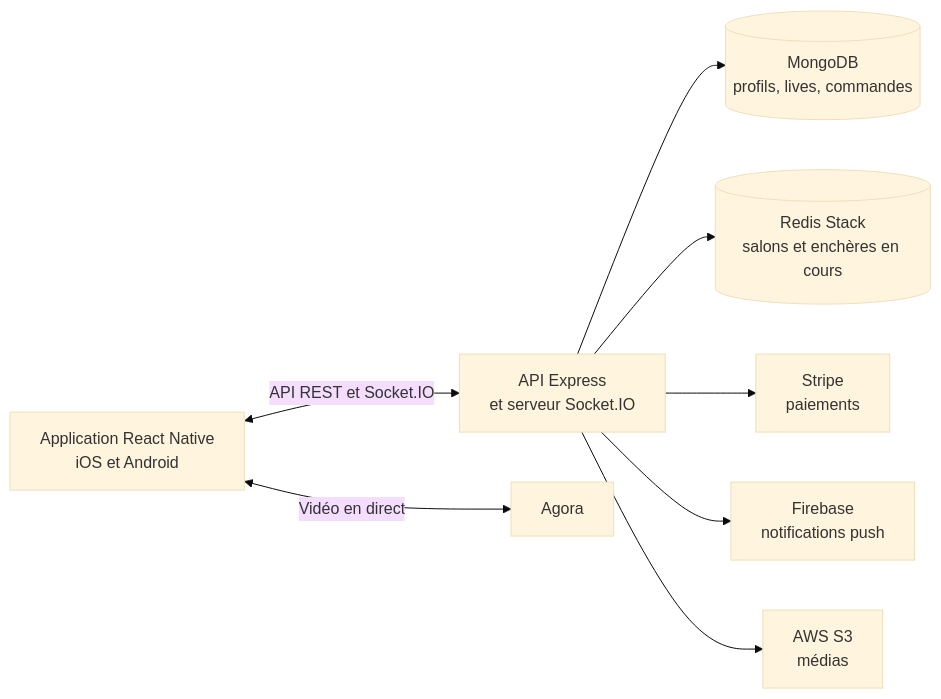
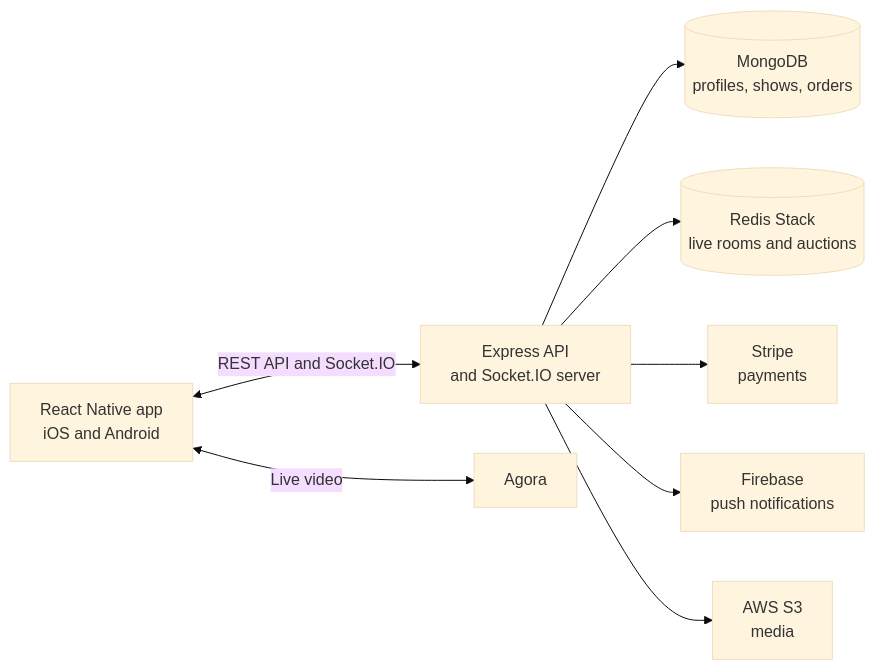
Before and after one commit to ATLHS/liveshopp_app: the diagram in README.md, drawn with Mermaid (base theme). The commit also changed other lines of this file and 1 other file, not shown here.

````diff
--- a/README.md
+++ b/README.md
@@ -21,10 +27,10 @@
 ```mermaid
 flowchart LR
-    Mobile[Application React Native<br/>iOS et Android] <-->|API REST et Socket.IO| Server[API Express<br/>et serveur Socket.IO]
-    Mobile <-->|Vidéo en direct| Agora[Agora]
-    Server --> Mongo[(MongoDB<br/>profils, lives, commandes)]
-    Server --> Redis[(Redis Stack<br/>salons et enchères en cours)]
-    Server --> Stripe[Stripe<br/>paiements]
-    Server --> Firebase[Firebase<br/>notifications push]
-    Server --> S3[AWS S3<br/>médias]
+    Mobile[React Native app<br/>iOS and Android] <-->|REST API and Socket.IO| Server[Express API<br/>and Socket.IO server]
+    Mobile <-->|Live video| Agora[Agora]
+    Server --> Mongo[(MongoDB<br/>profiles, shows, orders)]
+    Server --> Redis[(Redis Stack<br/>live rooms and auctions)]
+    Server --> Stripe[Stripe<br/>payments]
+    Server --> Firebase[Firebase<br/>push notifications]
+    Server --> S3[AWS S3<br/>media]
 ```
````
